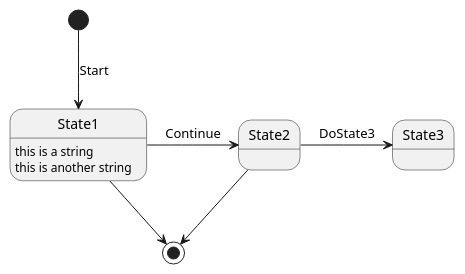
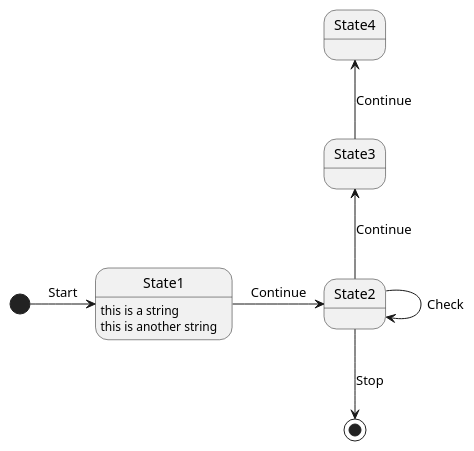
Before and after one commit to vrenken/EtAlii.Generators: the diagram in Source/EtAlii.Generators.Stateless.Tests/README.md, drawn with PlantUML. The commit also changed other lines of this file and 5 other files, not shown here.

````diff
--- a/Source/EtAlii.Generators.Stateless.Tests/README.md
+++ b/Source/EtAlii.Generators.Stateless.Tests/README.md
@@ -20,14 +25,17 @@
    ```puml
-   @startuml
-   'stateless namespace My.ExampleNamespace
-   'stateless class MyFancyStateMachineBase
-   'stateless generate partial
-   [*] --> State1 : Start
-   State1 --> [*]
-   State1 : this is a string
-   State1 : this is another string
-   State1 -> State2 : Continue
-   State2 --> [*]
-   State2 -> State3 : DoState3
-   @enduml
+    @startuml
+    'stateless namespace EtAlii.Generators.Stateless.Tests
+    'stateless class MyAsyncStateMachineBase
+    'stateless generate partial
+    'stateless using System.Text
+
+    [*] -> State1 << async (string name) >> : Start
+    State1 : this is a string
+    State1 : this is another string
+    State1 -> State2 << async >> : Continue
+    State2 -down-> [*] : Stop
+    State2 -> State2 << (string name) >> : Check
+    State2 -up-> State3 << async >> : Continue
+    State3 -up-> State4 : Continue
+    @enduml
    ```
````
